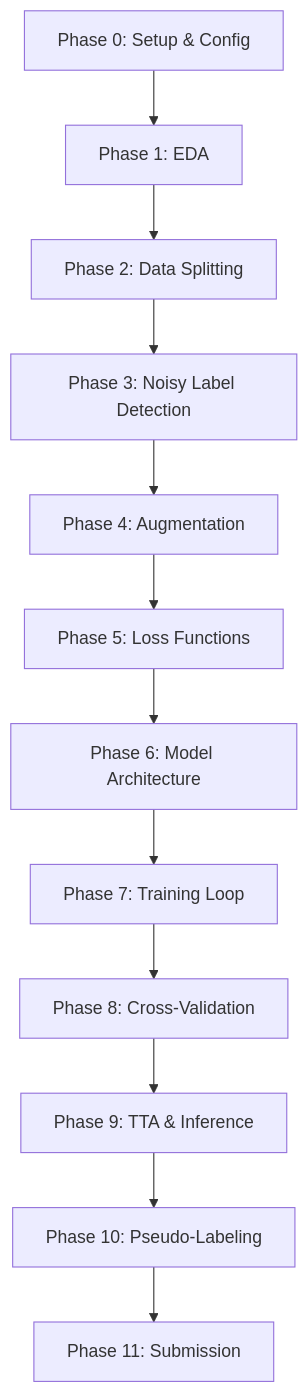
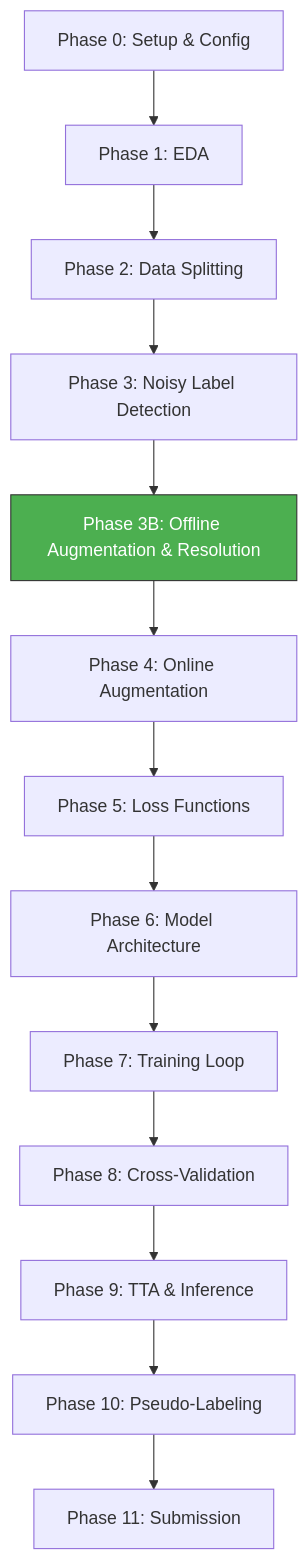
Before and after one commit to nadija-smwg/Octwave_image_classification-: the diagram in implementation/Phase_00_Project_Overview_and_Config.md, drawn with Mermaid. The commit also changed other lines of this file and 3 other files, not shown here.

````diff
--- a/implementation/Phase_00_Project_Overview_and_Config.md
+++ b/implementation/Phase_00_Project_Overview_and_Config.md
@@ -256,14 +275,17 @@
 ```mermaid
 graph TD
     P0["Phase 0: Setup & Config"] --> P1["Phase 1: EDA"]
     P1 --> P2["Phase 2: Data Splitting"]
     P2 --> P3["Phase 3: Noisy Label Detection"]
-    P3 --> P4["Phase 4: Augmentation"]
+    P3 --> P3B["Phase 3B: Offline Augmentation & Resolution"]
+    P3B --> P4["Phase 4: Online Augmentation"]
     P4 --> P5["Phase 5: Loss Functions"]
     P5 --> P6["Phase 6: Model Architecture"]
     P6 --> P7["Phase 7: Training Loop"]
     P7 --> P8["Phase 8: Cross-Validation"]
     P8 --> P9["Phase 9: TTA & Inference"]
     P9 --> P10["Phase 10: Pseudo-Labeling"]
     P10 --> P11["Phase 11: Submission"]
+
+    style P3B fill:#4CAF50,stroke:#333,color:#fff
 ```
````
